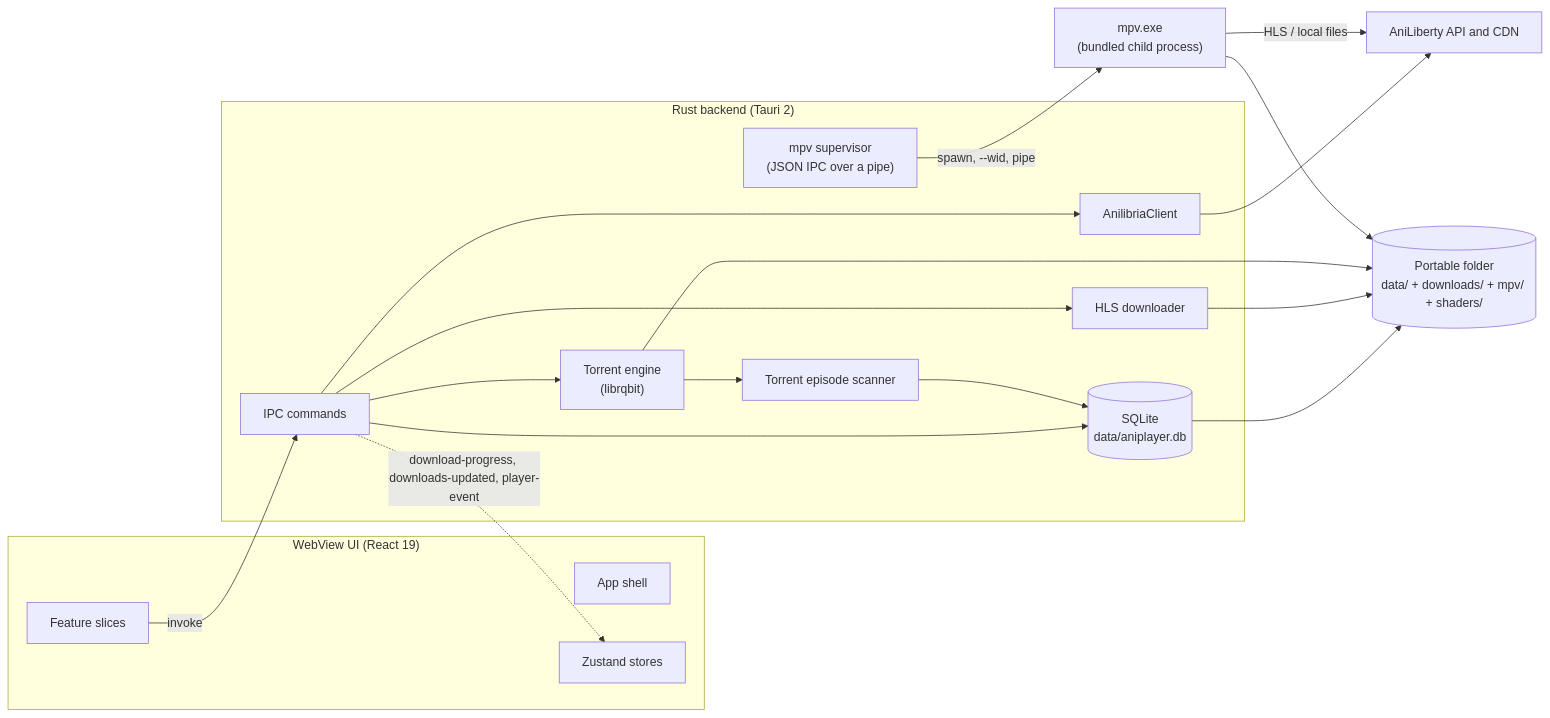
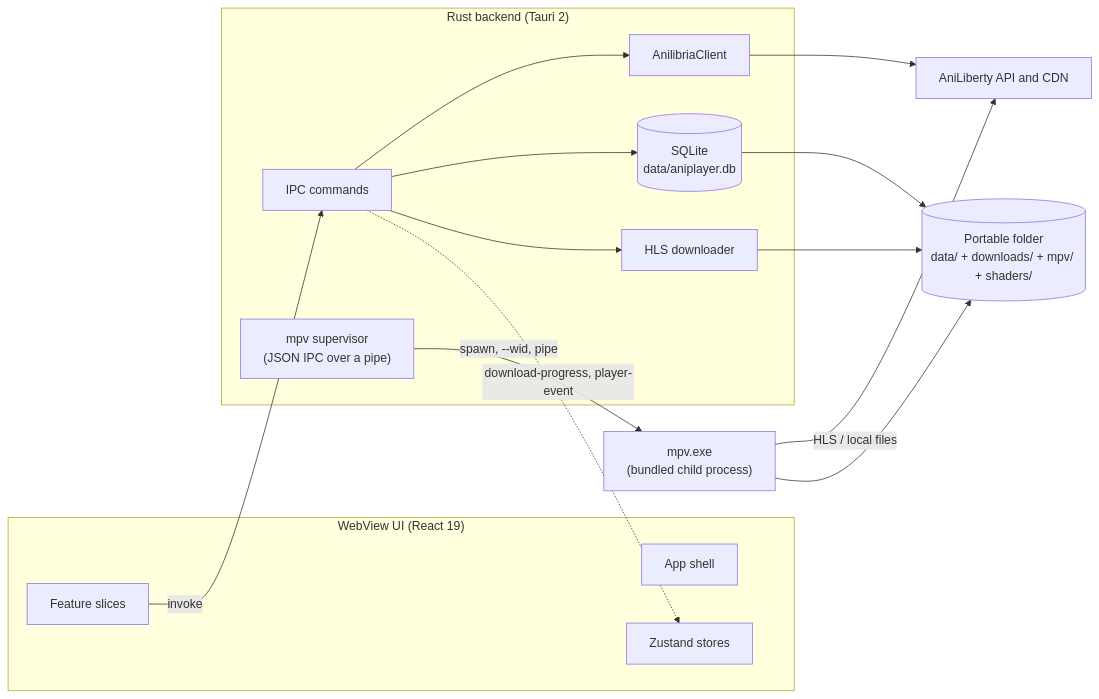
One commit to shidot3m/aniplayer changed the diagram in docs/architecture.md. Above: the diagram before and after it, drawn with Mermaid. The commit also changed other lines of this file and 37 other files, not shown here.

````diff
--- a/docs/architecture.md
+++ b/docs/architecture.md
@@ -9,33 +9,29 @@
 ```mermaid
 flowchart LR
     subgraph WebView["WebView UI (React 19)"]
         Shell["App shell"]
         Features["Feature slices"]
         Stores["Zustand stores"]
     end
 
     subgraph Rust["Rust backend (Tauri 2)"]
         Commands["IPC commands"]
         ApiClient["AnilibriaClient"]
         Database[("SQLite<br/>data/aniplayer.db")]
         HlsDownloader["HLS downloader"]
-        TorrentEngine["Torrent engine<br/>(librqbit)"]
-        Scanner["Torrent episode scanner"]
         Supervisor["mpv supervisor<br/>(JSON IPC over a pipe)"]
     end
 
     Mpv["mpv.exe<br/>(bundled child process)"]
     AniLiberty["AniLiberty API and CDN"]
     Disk[("Portable folder<br/>data/ + downloads/ + mpv/ + shaders/")]
 
     Features -->|invoke| Commands
     Commands --> ApiClient --> AniLiberty
     Commands --> Database --> Disk
     Commands --> HlsDownloader --> Disk
-    Commands --> TorrentEngine --> Disk
-    TorrentEngine --> Scanner --> Database
     Supervisor -->|"spawn, --wid, pipe"| Mpv
     Mpv -->|"HLS / local files"| AniLiberty
     Mpv --> Disk
-    Commands -.->|"download-progress, downloads-updated, player-event"| Stores
+    Commands -.->|"download-progress, player-event"| Stores
 ```
````
